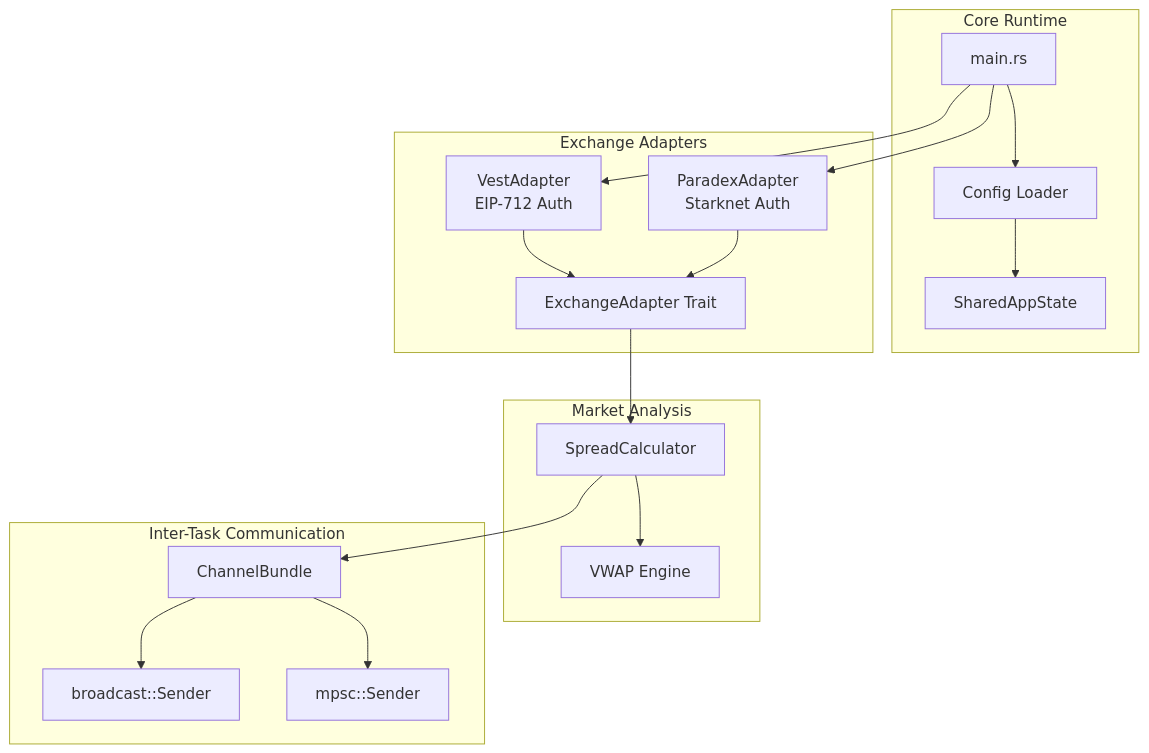
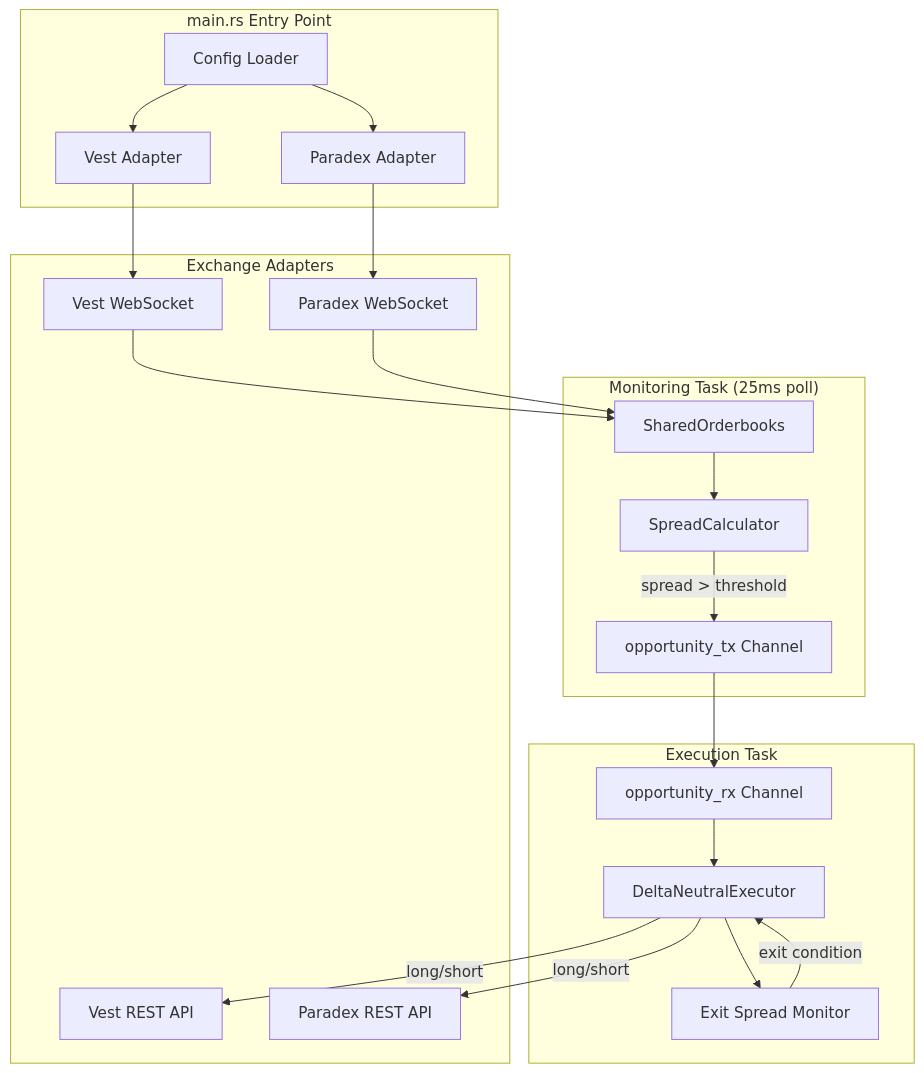
Before and after one commit to rugzct-cyber/RUST-TEST: the diagram in docs/architecture.md, drawn with Mermaid. The commit also changed other lines of this file and 21 other files, not shown here.

Commit message:
feat(5.3): implement structured trading event logging - Story 5.3: Create events.rs with TradingEventType enum, TradingEvent struct, log_event utility. Refactor monitoring.rs, runtime.rs, main.rs to use structured events. Fix clippy warnings. All 142 tests pass.

````diff
--- a/docs/architecture.md
+++ b/docs/architecture.md
@@ -12,37 +22,43 @@
 ```mermaid
-graph TB
-    subgraph "Core Runtime"
-        MAIN[main.rs]
-        CONFIG[Config Loader]
-        STATE[SharedAppState]
+graph TD
+    subgraph Main["main.rs Entry Point"]
+        Config[Config Loader]
+        VestInit[Vest Adapter]
+        ParadexInit[Paradex Adapter]
     end
+
+    subgraph Monitoring["Monitoring Task (25ms poll)"]
+        SharedOB[SharedOrderbooks]
+        SpreadCalc[SpreadCalculator]
+        OpportunityTx[opportunity_tx Channel]
+    end
+
+    subgraph Execution["Execution Task"]
+        OpportunityRx[opportunity_rx Channel]
+        Executor[DeltaNeutralExecutor]
+        ExitMonitor[Exit Spread Monitor]
+    end
+
+    subgraph Exchanges["Exchange Adapters"]
+        VestWS[Vest WebSocket]
+        ParadexWS[Paradex WebSocket]
+        VestREST[Vest REST API]
+        ParadexREST[Paradex REST API]
+    end
+
+    Config --> VestInit
+    Config --> ParadexInit
+    VestInit --> VestWS
+    ParadexInit --> ParadexWS
     
-    subgraph "Exchange Adapters"
-        VEST[VestAdapter<br/>EIP-712 Auth]
-        PARADEX[ParadexAdapter<br/>Starknet Auth]
-        TRAITS[ExchangeAdapter Trait]
-    end
-    
-    subgraph "Market Analysis"
-        SPREAD[SpreadCalculator]
-        VWAP[VWAP Engine]
-    end
-    
-    subgraph "Inter-Task Communication"
-        CHANNELS[ChannelBundle]
-        BROADCAST[broadcast::Sender]
-        MPSC[mpsc::Sender]
-    end
-    
-    MAIN --> CONFIG
-    CONFIG --> STATE
-    MAIN --> VEST
-    MAIN --> PARADEX
-    VEST --> TRAITS
-    PARADEX --> TRAITS
-    TRAITS --> SPREAD
-    SPREAD --> VWAP
-    SPREAD --> CHANNELS
-    CHANNELS --> BROADCAST
-    CHANNELS --> MPSC
+    VestWS --> SharedOB
+    ParadexWS --> SharedOB
+    SharedOB --> SpreadCalc
+    SpreadCalc -->|spread > threshold| OpportunityTx
+    OpportunityTx --> OpportunityRx
+    OpportunityRx --> Executor
+    Executor -->|long/short| VestREST
+    Executor -->|long/short| ParadexREST
+    Executor --> ExitMonitor
+    ExitMonitor -->|exit condition| Executor
 ```
````
